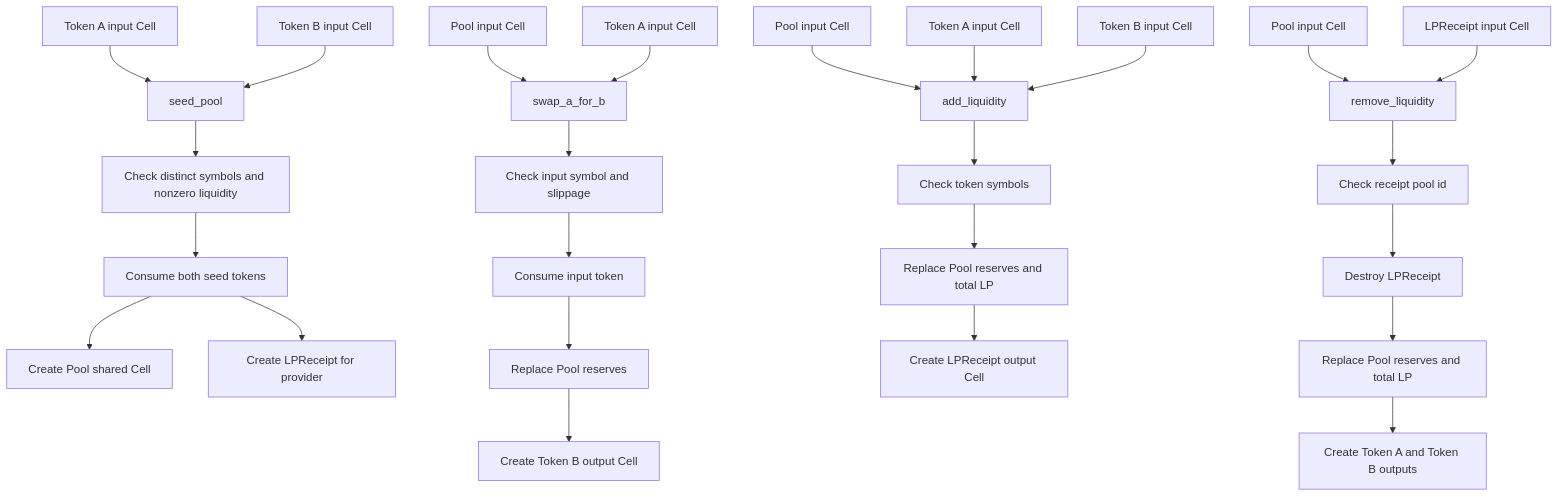
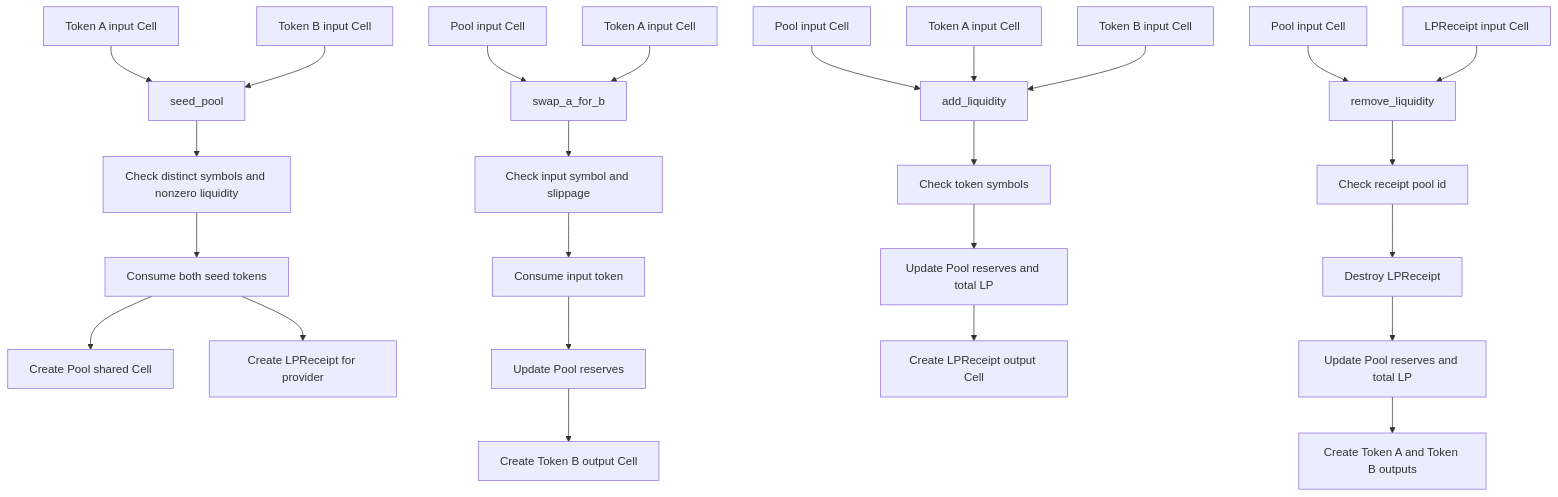
One commit to CellScript-Labs/CellScript changed the second of 12 diagrams in docs/CELLSCRIPT_EXAMPLE_BUSINESS_FLOWS.md. Above: the diagram before and after it, drawn with Mermaid. The commit also changed other lines of this file and 74 other files, not shown here.

````diff
--- a/docs/CELLSCRIPT_EXAMPLE_BUSINESS_FLOWS.md
+++ b/docs/CELLSCRIPT_EXAMPLE_BUSINESS_FLOWS.md
@@ -68,30 +68,30 @@
 ```mermaid
 flowchart TD
     A["Token A input Cell"] --> B["seed_pool"]
     C["Token B input Cell"] --> B
     B --> D["Check distinct symbols and nonzero liquidity"]
     D --> E["Consume both seed tokens"]
     E --> F["Create Pool shared Cell"]
     E --> G["Create LPReceipt for provider"]
 
     H["Pool input Cell"] --> I["swap_a_for_b"]
     J["Token A input Cell"] --> I
     I --> K["Check input symbol and slippage"]
     K --> L["Consume input token"]
-    L --> M["Replace Pool reserves"]
+    L --> M["Update Pool reserves"]
     M --> N["Create Token B output Cell"]
 
     O["Pool input Cell"] --> P["add_liquidity"]
     Q["Token A input Cell"] --> P
     R["Token B input Cell"] --> P
     P --> S["Check token symbols"]
-    S --> T["Replace Pool reserves and total LP"]
+    S --> T["Update Pool reserves and total LP"]
     T --> U["Create LPReceipt output Cell"]
 
     V["Pool input Cell"] --> W["remove_liquidity"]
     X["LPReceipt input Cell"] --> W
     W --> Y["Check receipt pool id"]
     Y --> Z["Destroy LPReceipt"]
-    Z --> AA["Replace Pool reserves and total LP"]
+    Z --> AA["Update Pool reserves and total LP"]
     AA --> AB["Create Token A and Token B outputs"]
 ```
````
